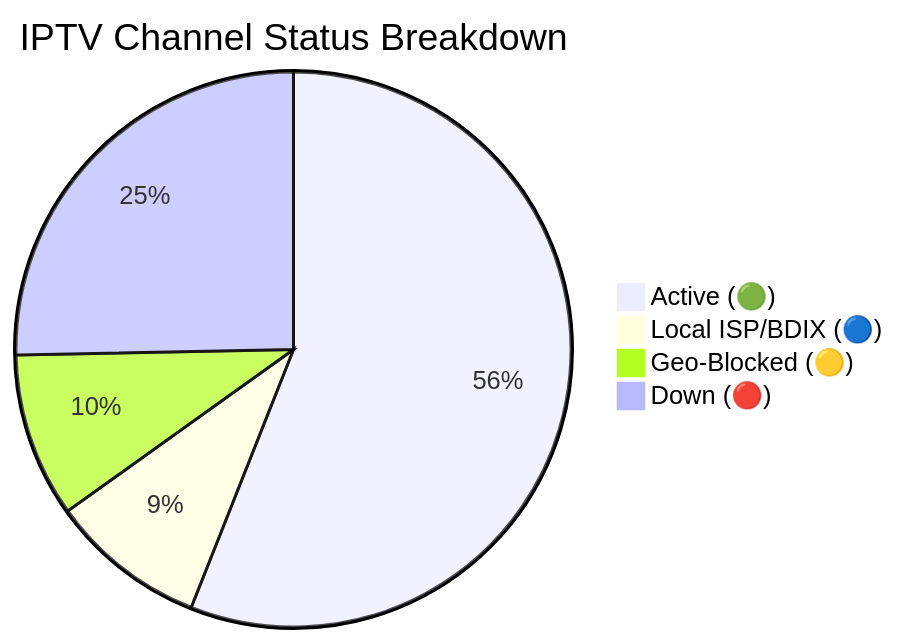
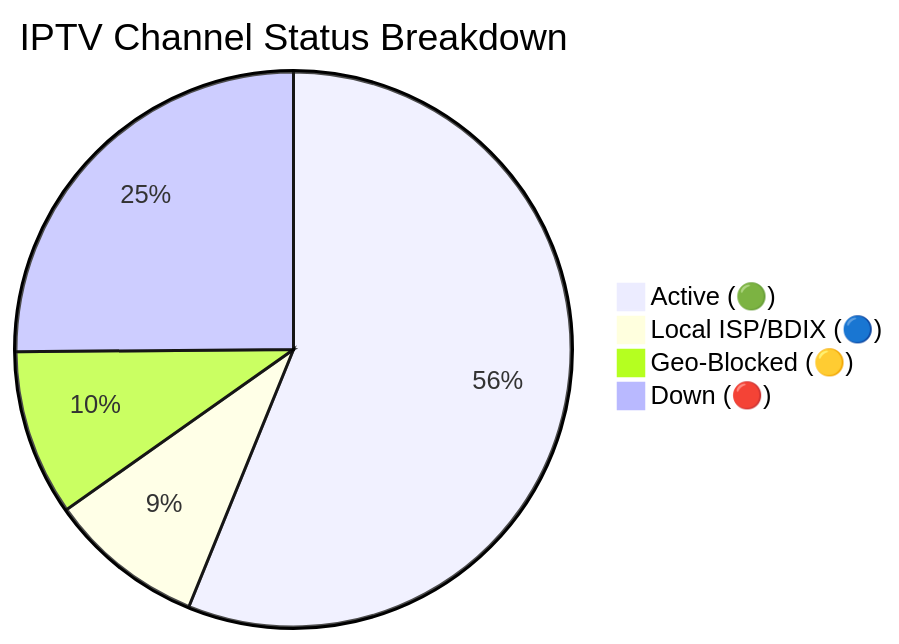
One commit to Zaman-Topu/Ip-tv-Collection changed the diagram in README.md. Above: the diagram before and after it, drawn with Mermaid. The commit also changed other lines of this file and 6 other files, not shown here.

````diff
--- a/README.md
+++ b/README.md
@@ -149,7 +149,7 @@
 ```mermaid
 pie title IPTV Channel Status Breakdown
-    "Active (🟢)" : 10602
-    "Local ISP/BDIX (🔵)" : 1724
-    "Geo-Blocked (🟡)" : 1810
-    "Down (🔴)" : 4793
+    "Active (🟢)" : 10653
+    "Local ISP/BDIX (🔵)" : 1721
+    "Geo-Blocked (🟡)" : 1832
+    "Down (🔴)" : 4767
 ```
````
